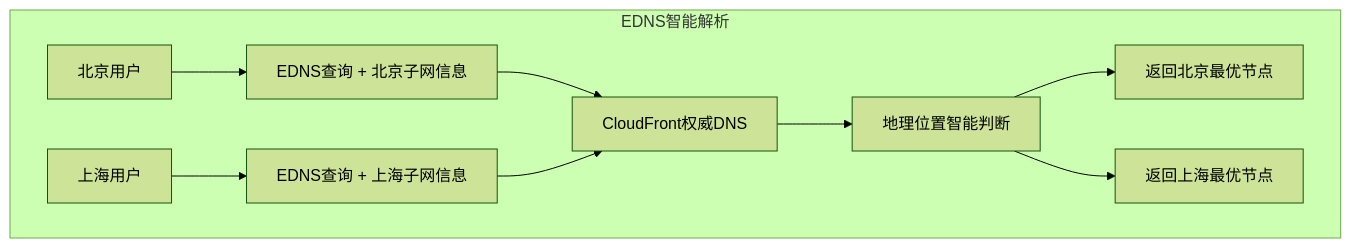
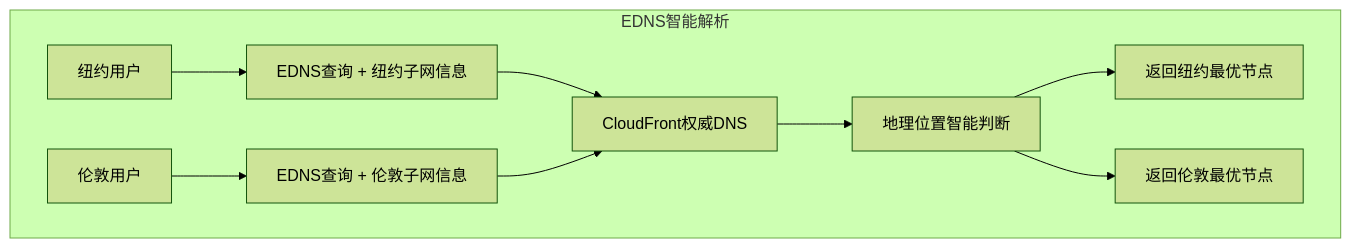
Before and after one commit to ddpie/aws-references: diagram 11 of 14 in CloudFront预热方案详解.md, drawn with Mermaid (forest theme). The commit also changed other lines of this file, not shown here.

````diff
--- a/CloudFront预热方案详解.md
+++ b/CloudFront预热方案详解.md
@@ -401,12 +401,12 @@
 ```mermaid
 graph TB
     subgraph "EDNS智能解析"
-        User1[北京用户] --> EDNS1[EDNS查询 + 北京子网信息]
-        User2[上海用户] --> EDNS2[EDNS查询 + 上海子网信息]
+        User1[纽约用户] --> EDNS1[EDNS查询 + 纽约子网信息]
+        User2[伦敦用户] --> EDNS2[EDNS查询 + 伦敦子网信息]
         EDNS1 --> AuthDNS[CloudFront权威DNS]
         EDNS2 --> AuthDNS
         AuthDNS --> GeoLogic[地理位置智能判断]
-        GeoLogic --> OptimalNode1[返回北京最优节点]
-        GeoLogic --> OptimalNode2[返回上海最优节点]
+        GeoLogic --> OptimalNode1[返回纽约最优节点]
+        GeoLogic --> OptimalNode2[返回伦敦最优节点]
     end
 ```
````
